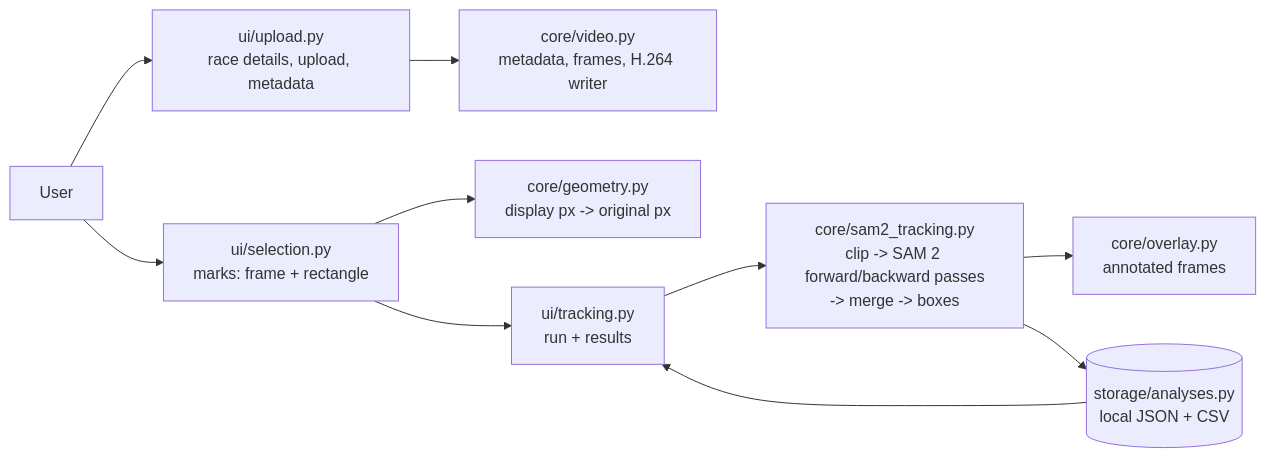
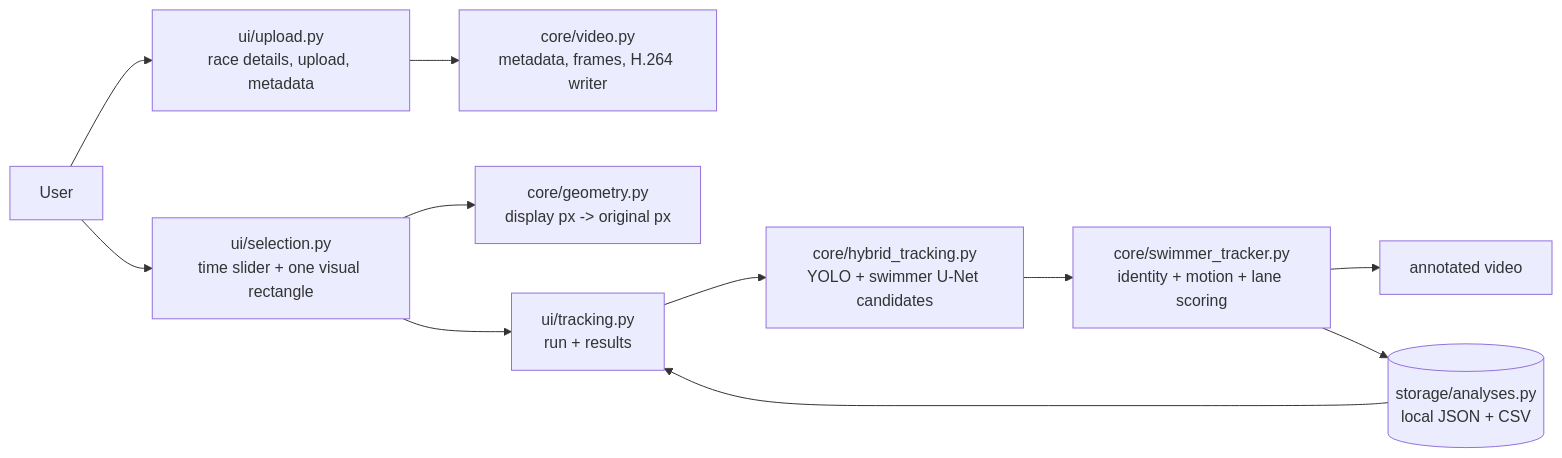
The diagram in README.md (samyar2012/SWIMVISION), drawn with Mermaid before and after one commit. The commit also changed other lines of this file and 8 other files, not shown here.

Commit message:
Add visual one-click hybrid tracking

````diff
--- a/README.md
+++ b/README.md
@@ -45,12 +38,13 @@
 ```mermaid
 flowchart LR
     U[User] --> UP[ui/upload.py<br/>race details, upload, metadata]
     UP --> V[core/video.py<br/>metadata, frames, H.264 writer]
-    U --> SEL[ui/selection.py<br/>marks: frame + rectangle]
+    U --> SEL[ui/selection.py<br/>time slider + one visual rectangle]
     SEL --> G[core/geometry.py<br/>display px -> original px]
     SEL --> TR[ui/tracking.py<br/>run + results]
-    TR --> SAM[core/sam2_tracking.py<br/>clip -> SAM 2 forward/backward passes<br/>-> merge -> boxes]
-    SAM --> O[core/overlay.py<br/>annotated frames]
-    SAM --> ST[(storage/analyses.py<br/>local JSON + CSV)]
+    TR --> H[core/hybrid_tracking.py<br/>YOLO + swimmer U-Net candidates]
+    H --> P[core/swimmer_tracker.py<br/>identity + motion + lane scoring]
+    P --> O[annotated video]
+    P --> ST[(storage/analyses.py<br/>local JSON + CSV)]
     ST --> TR
 ```
````
